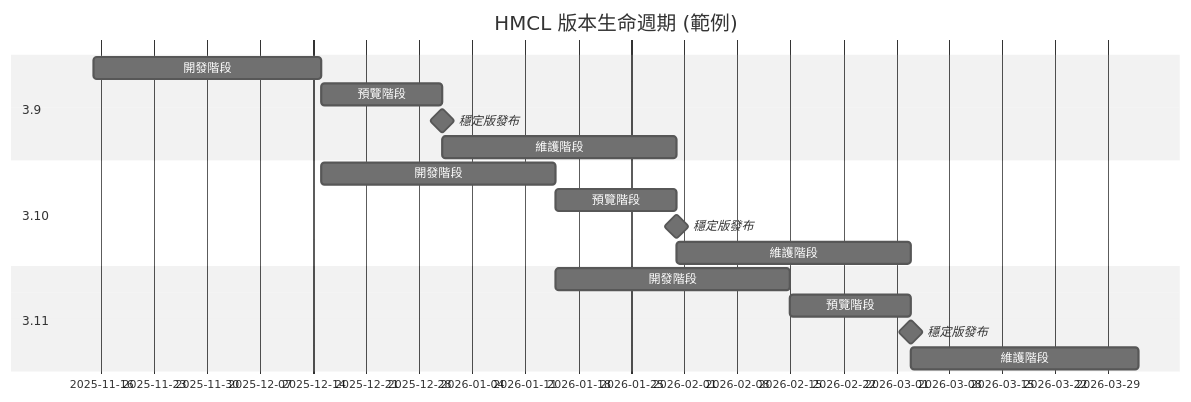
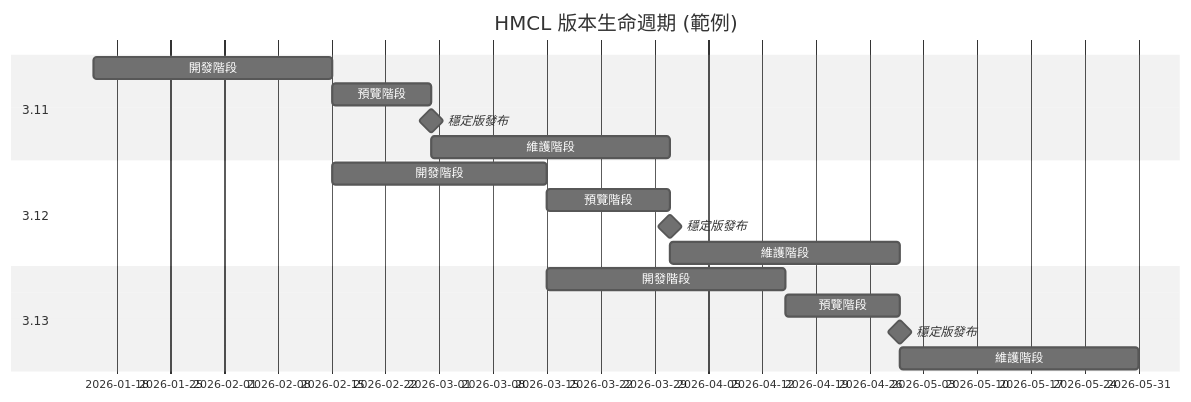
Before and after one commit to HMCL-dev/HMCL: the diagram in docs/ReleaseSchedule_zh_Hant.md, drawn with Mermaid (neutral theme). The commit also changed other lines of this file and 2 other files, not shown here.

Commit message:
docs: rewrite gantt chart to update branches and dates [skip ci]
- Force the `dateFormat` to prevent chart rendering issues.
- Use absolute dates to prevent chart alignment issues caused by variations in the number of days in each month.
- Updated chart content from version branch 3.11 to 3.13.
- Add a note stating that the chart is for reference only.

````diff
--- a/docs/ReleaseSchedule_zh_Hant.md
+++ b/docs/ReleaseSchedule_zh_Hant.md
@@ -43,19 +43,20 @@
 ```mermaid
 gantt
     title HMCL 版本生命週期 (範例)
-    section 3.9
-        開發階段: a1, 2025-11-15, 30d
-        預覽階段: a2, after a1, 16d
+    dateFormat YYYY-MM-DD
+    section 3.11
+        開發階段: a1, 2026-01-15, 2026-02-15
+        預覽階段: a2, 2026-02-15, 2026-02-28
         穩定版發布: milestone, after a2, 0d
-        維護階段: a3, after a2, 31d
-    section 3.10
-        開發階段: b1, after a1, 31d
-        預覽階段: b2, after b1, 16d
+        維護階段: a3, 2026-02-28, 2026-03-31
+    section 3.12
+        開發階段: b1, 2026-02-15, 2026-03-15
+        預覽階段: b2, 2026-03-15, 2026-03-31
         穩定版發布: milestone, after b2, 0d
-        維護階段: b3, after b2, 31d
-    section 3.11
-        開發階段: c1, after b1, 31d
-        預覽階段: c2, after c1, 16d
+        維護階段: b3, 2026-03-31, 2026-04-30
+    section 3.13
+        開發階段: c1, 2026-03-15, 2026-04-15
+        預覽階段: c2, 2026-04-15, 2026-04-30
         穩定版發布: milestone, after c2, 0d
-        維護階段: c3, after c2, 30d
+        維護階段: c3, 2026-04-30, 2026-05-31
 ```
````
